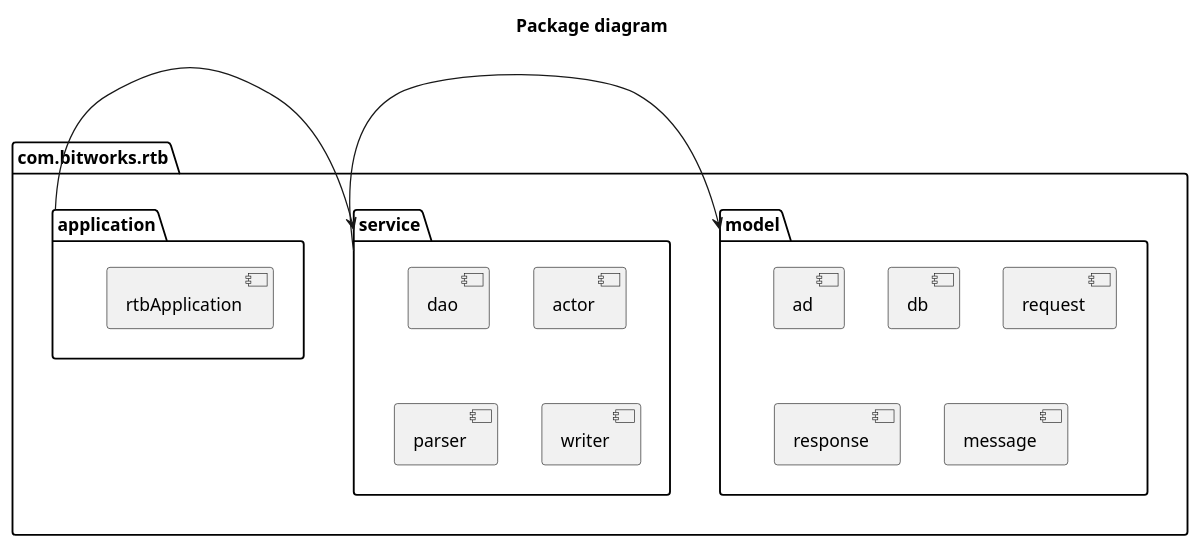
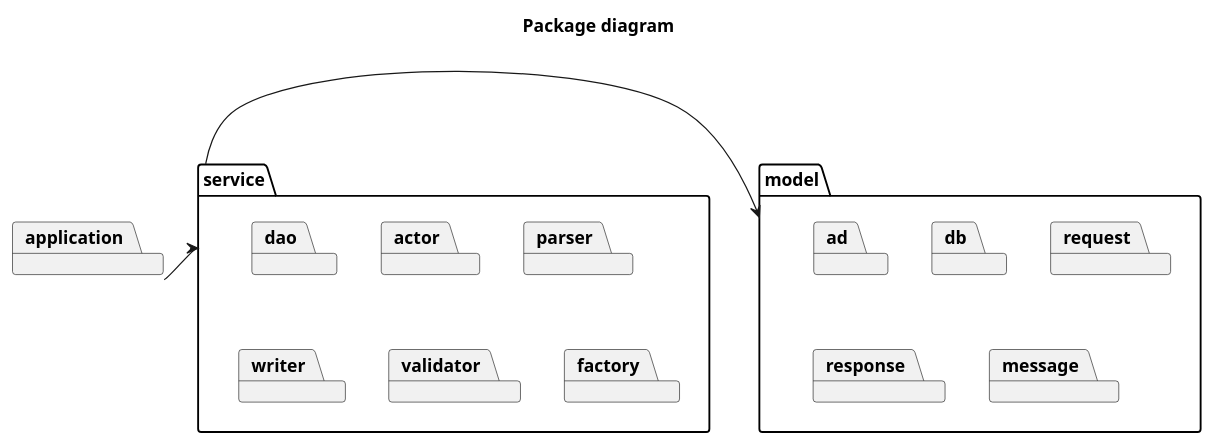
Before and after one commit to bwsw/simple-rtb-exchange: the diagram in diagrams/packages.puml, drawn with PlantUML. The commit also changed 3 other files, not shown here.

```diff
--- a/diagrams/packages.puml
+++ b/diagrams/packages.puml
@@ -1,29 +1,27 @@
 @startuml
 
 title Package diagram
 
 skinparam componentStyle uml2
 
-package com.bitworks.rtb {
-    package model {
-        [ad]
-        [db]
-        [request]
-        [response]
-        [message]
-    }
-    package service {
-        [dao]
-        [actor]
-        [parser]
-        [writer]
-    }
-    package application{
-        [rtbApplication]
-    }
+package model {
+    package ad
+    package db
+    package request
+    package response
+    package message
 }
+package service {
+    package dao
+    package actor
+    package parser
+    package writer
+    package validator
+    package factory
+}
+package application
 
 application -> service
 service -> model
 
 @enduml
```
